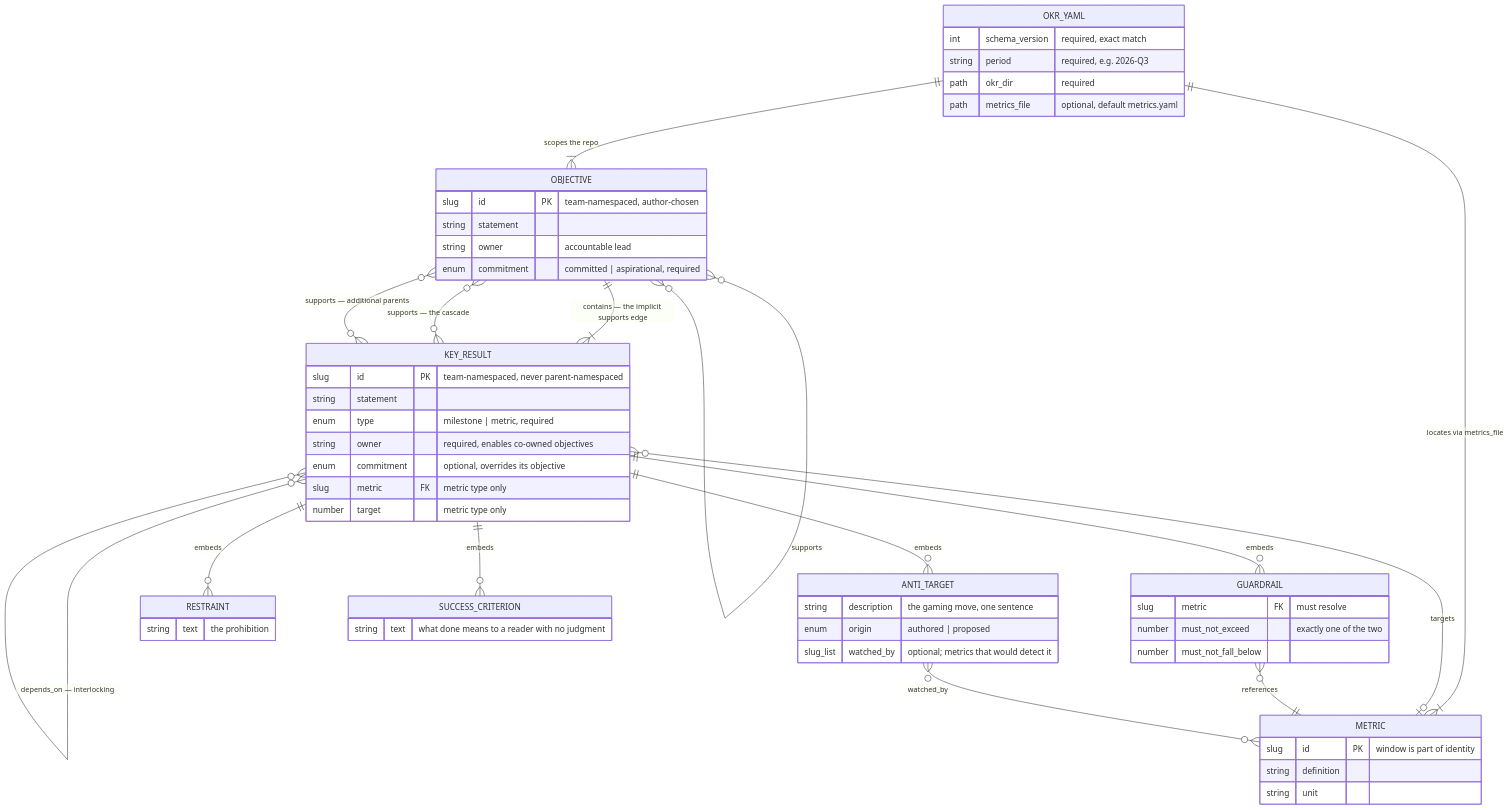
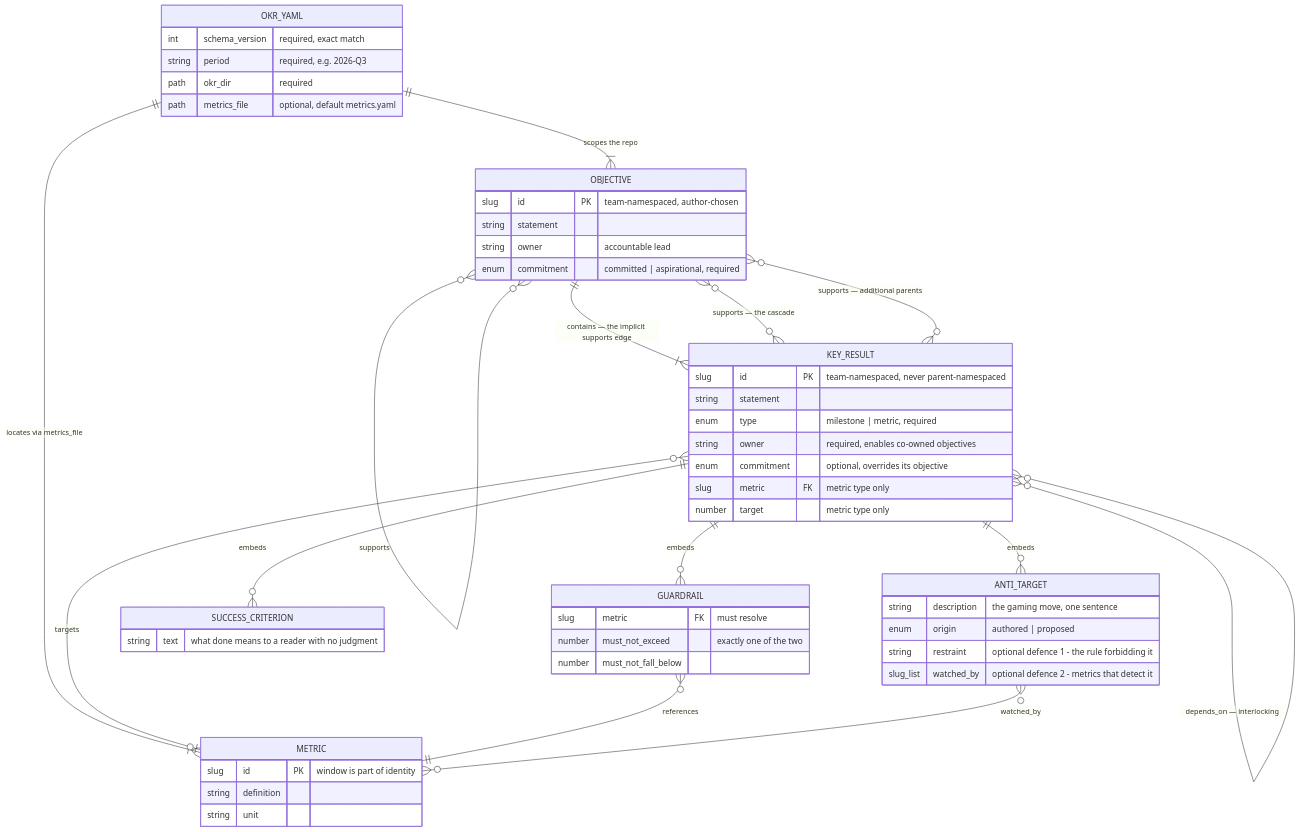
The fourth of 4 diagrams in docs/ARCHITECTURE.md (ashpirnia/agentic-okr), drawn with Mermaid before and after one commit. The commit also changed other lines of this file and 5 other files, not shown here.

First line of the commit message:
docs: nest restraint inside the anti-target; add GRAPH-BY-EXAMPLE.md and legal-shapes diagram

````diff
--- a/docs/ARCHITECTURE.md
+++ b/docs/ARCHITECTURE.md
@@ -187,70 +187,66 @@
 ```mermaid
 erDiagram
     OKR_YAML {
         int schema_version "required, exact match"
         string period "required, e.g. 2026-Q3"
         path okr_dir "required"
         path metrics_file "optional, default metrics.yaml"
     }
 
     OBJECTIVE {
         slug id PK "team-namespaced, author-chosen"
         string statement
         string owner "accountable lead"
         enum commitment "committed | aspirational, required"
     }
 
     KEY_RESULT {
         slug id PK "team-namespaced, never parent-namespaced"
         string statement
         enum type "milestone | metric, required"
         string owner "required, enables co-owned objectives"
         enum commitment "optional, overrides its objective"
         slug metric FK "metric type only"
         number target "metric type only"
     }
 
     METRIC {
         slug id PK "window is part of identity"
         string definition
         string unit
     }
 
     GUARDRAIL {
         slug metric FK "must resolve"
         number must_not_exceed "exactly one of the two"
         number must_not_fall_below
     }
 
     ANTI_TARGET {
         string description "the gaming move, one sentence"
         enum origin "authored | proposed"
-        slug_list watched_by "optional; metrics that would detect it"
-    }
-
-    RESTRAINT {
-        string text "the prohibition"
+        string restraint "optional defence 1 - the rule forbidding it"
+        slug_list watched_by "optional defence 2 - metrics that detect it"
     }
 
     SUCCESS_CRITERION {
         string text "what done means to a reader with no judgment"
     }
 
     OKR_YAML ||--|{ OBJECTIVE : "scopes the repo"
     OKR_YAML ||--|{ METRIC : "locates via metrics_file"
 
     OBJECTIVE ||--|{ KEY_RESULT : "contains — the implicit supports edge"
     OBJECTIVE }o--o{ OBJECTIVE : "supports"
     OBJECTIVE }o--o{ KEY_RESULT : "supports — the cascade"
     KEY_RESULT }o--o{ OBJECTIVE : "supports — additional parents"
     KEY_RESULT }o--o{ KEY_RESULT : "depends_on — interlocking"
 
     KEY_RESULT ||--o{ GUARDRAIL : "embeds"
     KEY_RESULT ||--o{ ANTI_TARGET : "embeds"
-    KEY_RESULT ||--o{ RESTRAINT : "embeds"
     KEY_RESULT ||--o{ SUCCESS_CRITERION : "embeds"
 
     KEY_RESULT }o--o| METRIC : "targets"
     GUARDRAIL }o--|| METRIC : "references"
     ANTI_TARGET }o--o{ METRIC : "watched_by"
 ```
````
